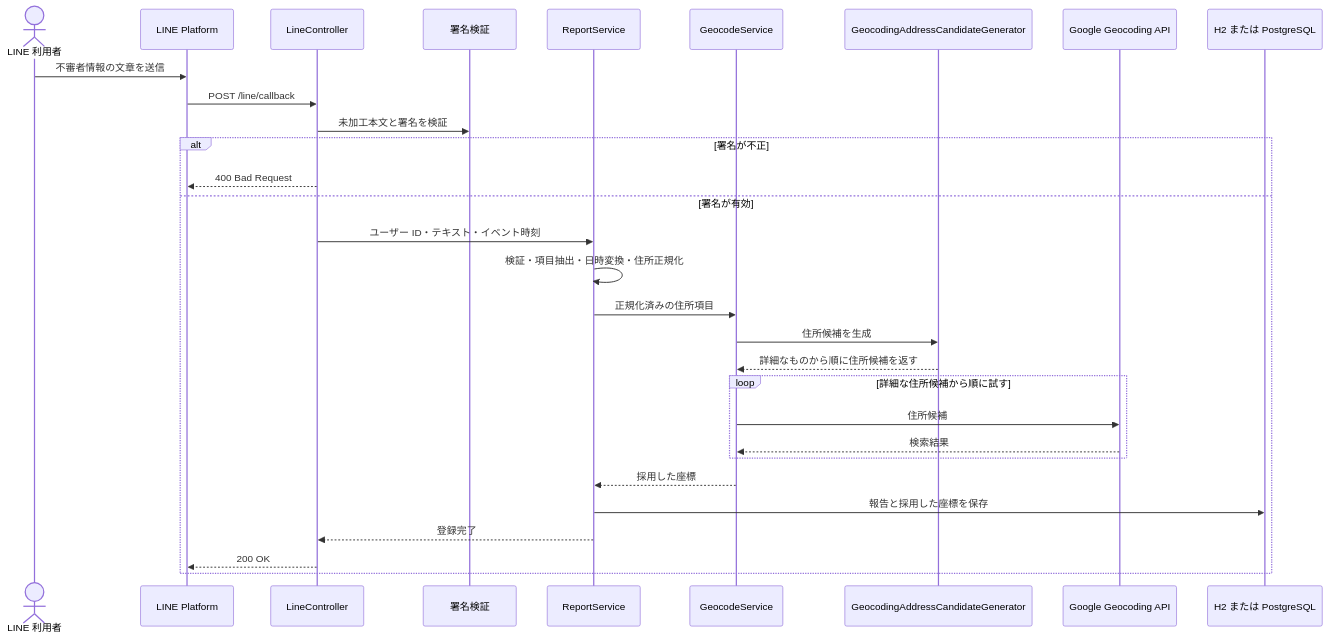
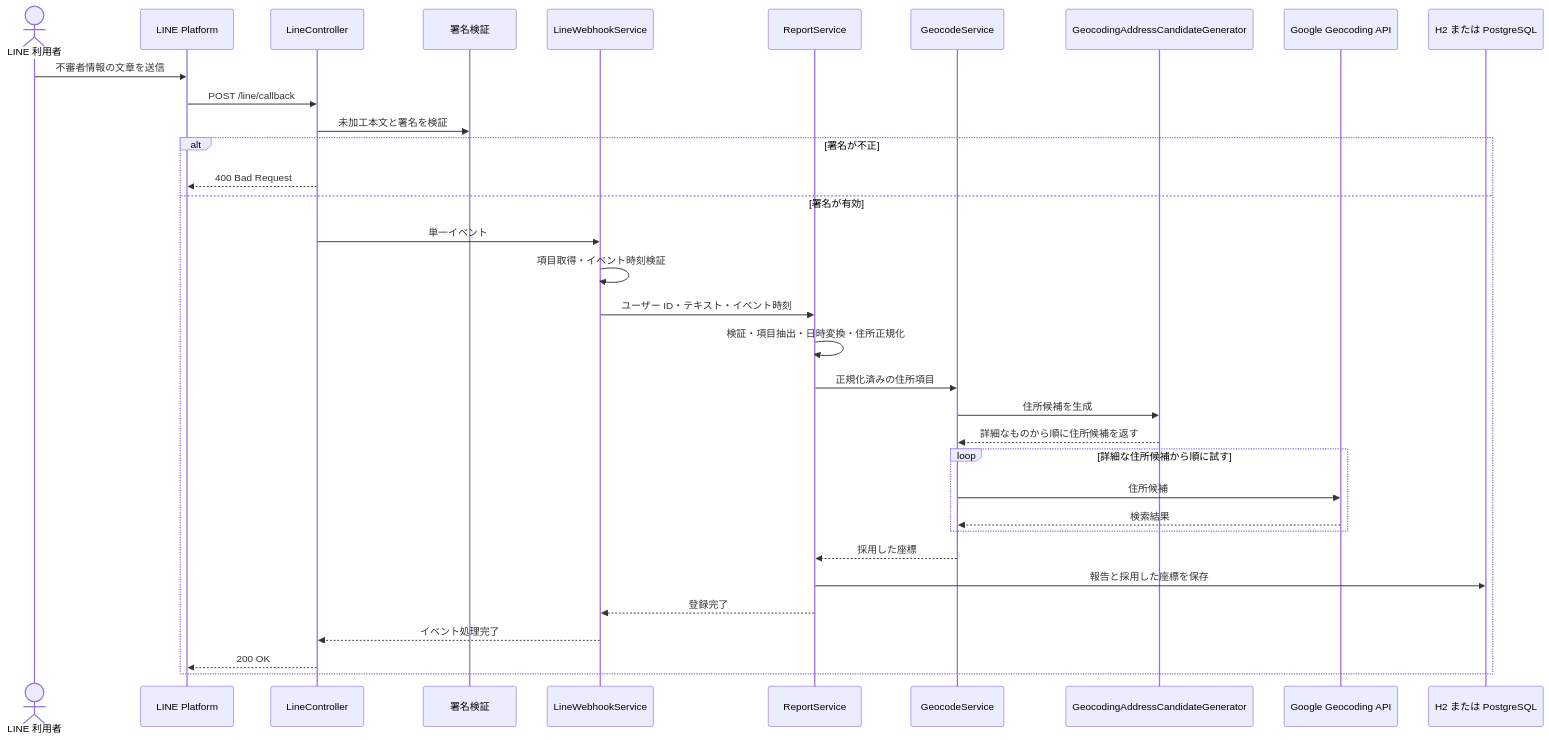
The third of 5 diagrams in docs/architecture/system-overview.md (TBan34/Suspicious-Person-Map), drawn with Mermaid before and after one commit. The commit also changed other lines of this file and 5 other files, not shown here.

````diff
--- a/docs/architecture/system-overview.md
+++ b/docs/architecture/system-overview.md
@@ -123,33 +126,37 @@
 ```mermaid
 sequenceDiagram
     actor User as LINE 利用者
     participant LINE as LINE Platform
     participant Controller as LineController
     participant Verifier as 署名検証
+    participant WebhookService as LineWebhookService
     participant Service as ReportService
     participant Geocode as GeocodeService
     participant Generator as GeocodingAddressCandidateGenerator
     participant Google as Google Geocoding API
     participant DB as H2 または PostgreSQL
 
     User->>LINE: 不審者情報の文章を送信
     LINE->>Controller: POST /line/callback
     Controller->>Verifier: 未加工本文と署名を検証
     alt 署名が不正
         Controller-->>LINE: 400 Bad Request
     else 署名が有効
-        Controller->>Service: ユーザー ID・テキスト・イベント時刻
+        Controller->>WebhookService: 単一イベント
+        WebhookService->>WebhookService: 項目取得・イベント時刻検証
+        WebhookService->>Service: ユーザー ID・テキスト・イベント時刻
         Service->>Service: 検証・項目抽出・日時変換・住所正規化
         Service->>Geocode: 正規化済みの住所項目
         Geocode->>Generator: 住所候補を生成
         Generator-->>Geocode: 詳細なものから順に住所候補を返す
         loop 詳細な住所候補から順に試す
             Geocode->>Google: 住所候補
             Google-->>Geocode: 検索結果
         end
         Geocode-->>Service: 採用した座標
         Service->>DB: 報告と採用した座標を保存
-        Service-->>Controller: 登録完了
+        Service-->>WebhookService: 登録完了
+        WebhookService-->>Controller: イベント処理完了
         Controller-->>LINE: 200 OK
     end
 ```
````
